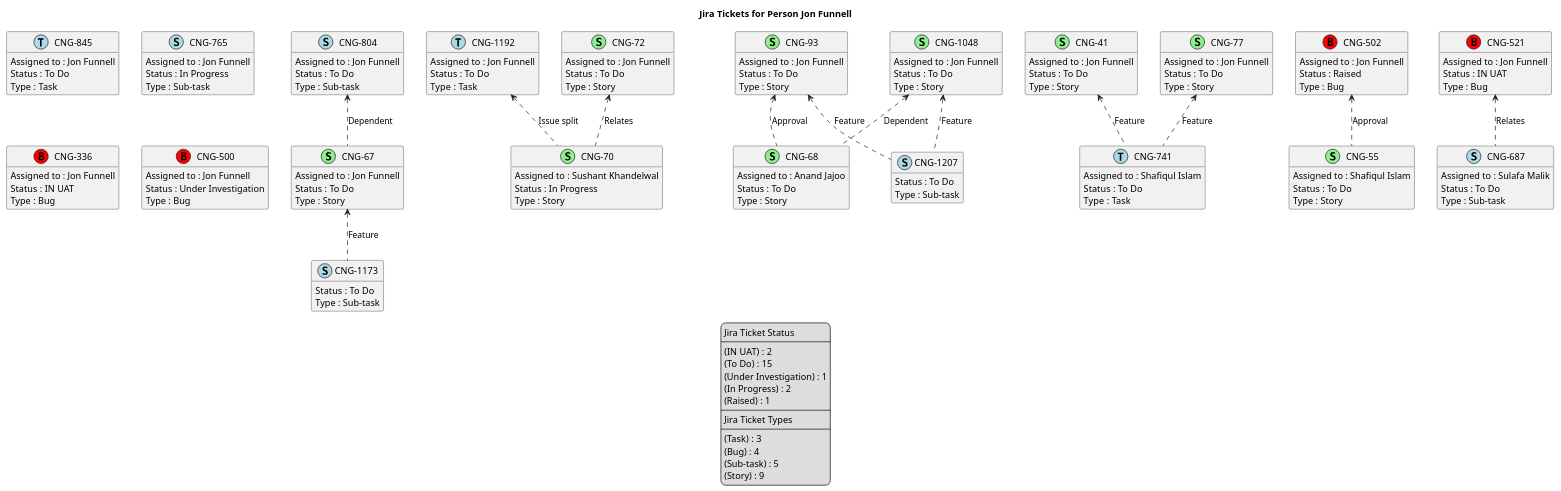
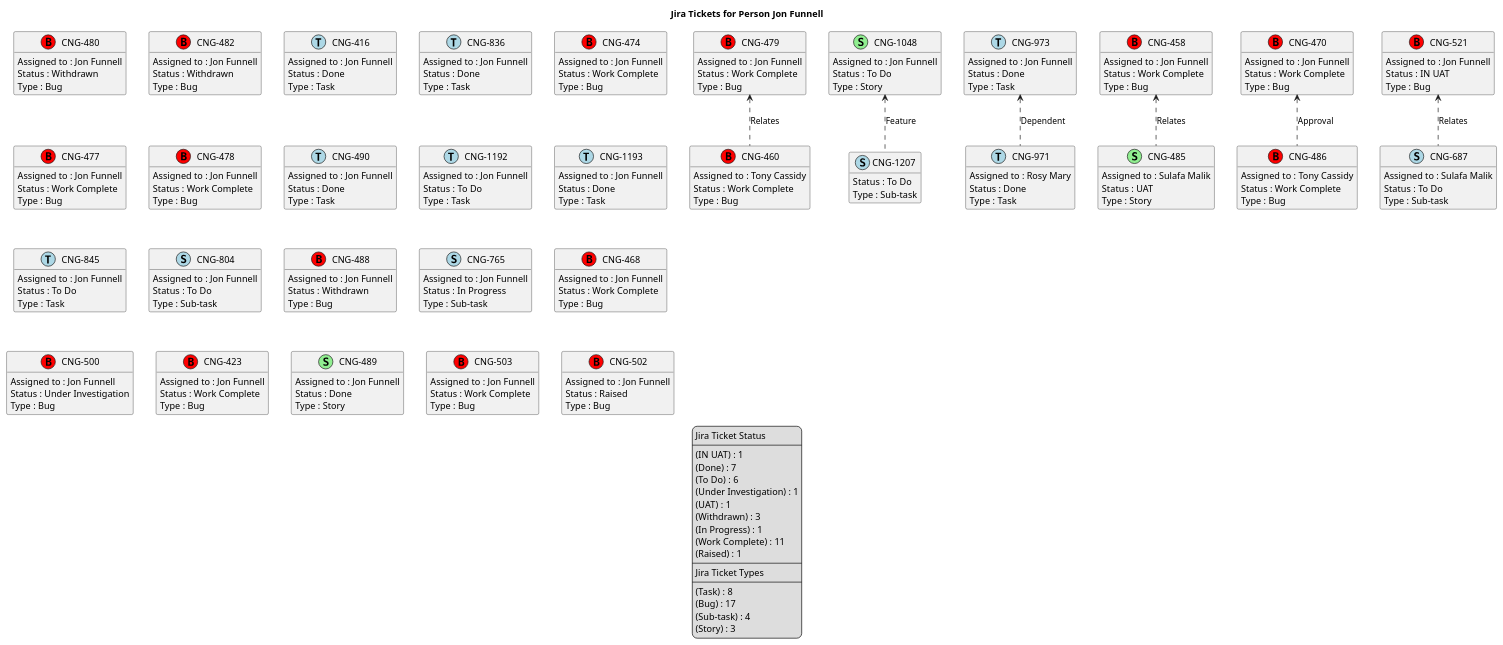
The diagram in temp/jira-Person-Jon_Funnell.puml (brunasti/jiraplotter), drawn with PlantUML before and after one commit. The commit also changed 175 other files, not shown here.

Commit message:
Regenerates all diagrams

```diff
--- a/temp/jira-Person-Jon_Funnell.puml
+++ b/temp/jira-Person-Jon_Funnell.puml
@@ -2,7 +2,7 @@
 'https://plantuml.com/class-diagram
 
 ' GENERATE CLASS DIAGRAM ===========
-' Generated at    : Thu Apr 18 11:01:10 CEST 2024
+' Generated at    : Thu Apr 18 11:50:48 CEST 2024
 
 title Jira Tickets for Person Jon Funnell
 hide empty members
@@ -10,25 +10,113 @@
 legend
 Jira Ticket Status
 ----
-(IN UAT) : 2
-(To Do) : 15
+(IN UAT) : 1
+(Done) : 7
+(To Do) : 6
 (Under Investigation) : 1
-(In Progress) : 2
+(UAT) : 1
+(Withdrawn) : 3
+(In Progress) : 1
+(Work Complete) : 11
 (Raised) : 1
 ----
 Jira Ticket Types
 ----
-(Task) : 3
-(Bug) : 4
-(Sub-task) : 5
-(Story) : 9
+(Task) : 8
+(Bug) : 17
+(Sub-task) : 4
+(Story) : 3
 end legend
 
 
 ' Tickets =======
-class "CNG-1173" << (S,lightblue) >> {
+class "CNG-480" << (B,red) >> {
+  Assigned to : Jon Funnell
+  Status : Withdrawn
+  Type : Bug
+}
+
+class "CNG-482" << (B,red) >> {
+  Assigned to : Jon Funnell
+  Status : Withdrawn
+  Type : Bug
+}
+
+class "CNG-460" << (B,red) >> {
+  Assigned to : Tony Cassidy
+  Status : Work Complete
+  Type : Bug
+}
+
+class "CNG-416" << (T,lightblue) >> {
+  Assigned to : Jon Funnell
+  Status : Done
+  Type : Task
+}
+
+class "CNG-836" << (T,lightblue) >> {
+  Assigned to : Jon Funnell
+  Status : Done
+  Type : Task
+}
+
+class "CNG-1207" << (S,lightblue) >> {
   Status : To Do
   Type : Sub-task
+}
+
+class "CNG-474" << (B,red) >> {
+  Assigned to : Jon Funnell
+  Status : Work Complete
+  Type : Bug
+}
+
+class "CNG-1048" << (S,lightgreen) >> {
+  Assigned to : Jon Funnell
+  Status : To Do
+  Type : Story
+}
+
+class "CNG-477" << (B,red) >> {
+  Assigned to : Jon Funnell
+  Status : Work Complete
+  Type : Bug
+}
+
+class "CNG-971" << (T,lightblue) >> {
+  Assigned to : Rosy Mary
+  Status : Done
+  Type : Task
+}
+
+class "CNG-479" << (B,red) >> {
+  Assigned to : Jon Funnell
+  Status : Work Complete
+  Type : Bug
+}
+
+class "CNG-973" << (T,lightblue) >> {
+  Assigned to : Jon Funnell
+  Status : Done
+  Type : Task
+}
+
+class "CNG-478" << (B,red) >> {
+  Assigned to : Jon Funnell
+  Status : Work Complete
+  Type : Bug
+}
+
+class "CNG-458" << (B,red) >> {
+  Assigned to : Jon Funnell
+  Status : Work Complete
+  Type : Bug
+}
+
+class "CNG-490" << (T,lightblue) >> {
+  Assigned to : Jon Funnell
+  Status : Done
+  Type : Task
 }
 
 class "CNG-1192" << (T,lightblue) >> {
@@ -37,34 +125,16 @@
   Type : Task
 }
 
-class "CNG-70" << (S,lightgreen) >> {
-  Assigned to : Sushant Khandelwal
-  Status : In Progress
-  Type : Story
+class "CNG-470" << (B,red) >> {
+  Assigned to : Jon Funnell
+  Status : Work Complete
+  Type : Bug
 }
 
-class "CNG-93" << (S,lightgreen) >> {
+class "CNG-1193" << (T,lightblue) >> {
   Assigned to : Jon Funnell
-  Status : To Do
-  Type : Story
-}
-
-class "CNG-72" << (S,lightgreen) >> {
-  Assigned to : Jon Funnell
-  Status : To Do
-  Type : Story
-}
-
-class "CNG-41" << (S,lightgreen) >> {
-  Assigned to : Jon Funnell
-  Status : To Do
-  Type : Story
-}
-
-class "CNG-55" << (S,lightgreen) >> {
-  Assigned to : Shafiqul Islam
-  Status : To Do
-  Type : Story
+  Status : Done
+  Type : Task
 }
 
 class "CNG-845" << (T,lightblue) >> {
@@ -73,33 +143,22 @@
   Type : Task
 }
 
-class "CNG-77" << (S,lightgreen) >> {
-  Assigned to : Jon Funnell
-  Status : To Do
-  Type : Story
-}
-
 class "CNG-804" << (S,lightblue) >> {
   Assigned to : Jon Funnell
   Status : To Do
   Type : Sub-task
 }
 
-class "CNG-67" << (S,lightgreen) >> {
-  Assigned to : Jon Funnell
-  Status : To Do
-  Type : Story
+class "CNG-486" << (B,red) >> {
+  Assigned to : Tony Cassidy
+  Status : Work Complete
+  Type : Bug
 }
 
-class "CNG-68" << (S,lightgreen) >> {
-  Assigned to : Anand Jajoo
-  Status : To Do
+class "CNG-485" << (S,lightgreen) >> {
+  Assigned to : Sulafa Malik
+  Status : UAT
   Type : Story
-}
-
-class "CNG-1207" << (S,lightblue) >> {
-  Status : To Do
-  Type : Sub-task
 }
 
 class "CNG-521" << (B,red) >> {
@@ -108,16 +167,10 @@
   Type : Bug
 }
 
-class "CNG-741" << (T,lightblue) >> {
-  Assigned to : Shafiqul Islam
-  Status : To Do
-  Type : Task
-}
-
-class "CNG-1048" << (S,lightgreen) >> {
+class "CNG-488" << (B,red) >> {
   Assigned to : Jon Funnell
-  Status : To Do
-  Type : Story
+  Status : Withdrawn
+  Type : Bug
 }
 
 class "CNG-765" << (S,lightblue) >> {
@@ -126,9 +179,9 @@
   Type : Sub-task
 }
 
-class "CNG-336" << (B,red) >> {
+class "CNG-468" << (B,red) >> {
   Assigned to : Jon Funnell
-  Status : IN UAT
+  Status : Work Complete
   Type : Bug
 }
 
@@ -144,6 +197,24 @@
   Type : Bug
 }
 
+class "CNG-423" << (B,red) >> {
+  Assigned to : Jon Funnell
+  Status : Work Complete
+  Type : Bug
+}
+
+class "CNG-489" << (S,lightgreen) >> {
+  Assigned to : Jon Funnell
+  Status : Done
+  Type : Story
+}
+
+class "CNG-503" << (B,red) >> {
+  Assigned to : Jon Funnell
+  Status : Work Complete
+  Type : Bug
+}
+
 class "CNG-502" << (B,red) >> {
   Assigned to : Jon Funnell
   Status : Raised
@@ -154,17 +225,11 @@
 
 ' Links =======
 "CNG-521" <.. "CNG-687" : Relates
-"CNG-804" <.. "CNG-67" : Dependent
-"CNG-502" <.. "CNG-55" : Approval
-"CNG-67" <.. "CNG-1173" : Feature
-"CNG-41" <.. "CNG-741" : Feature
-"CNG-1192" <.. "CNG-70" : Issue split
-"CNG-1048" <.. "CNG-68" : Dependent
+"CNG-973" <.. "CNG-971" : Dependent
 "CNG-1048" <.. "CNG-1207" : Feature
-"CNG-93" <.. "CNG-68" : Approval
-"CNG-93" <.. "CNG-1207" : Feature
-"CNG-72" <.. "CNG-70" : Relates
-"CNG-77" <.. "CNG-741" : Feature
+"CNG-458" <.. "CNG-485" : Relates
+"CNG-470" <.. "CNG-486" : Approval
+"CNG-479" <.. "CNG-460" : Relates
 
 
 @enduml
```
